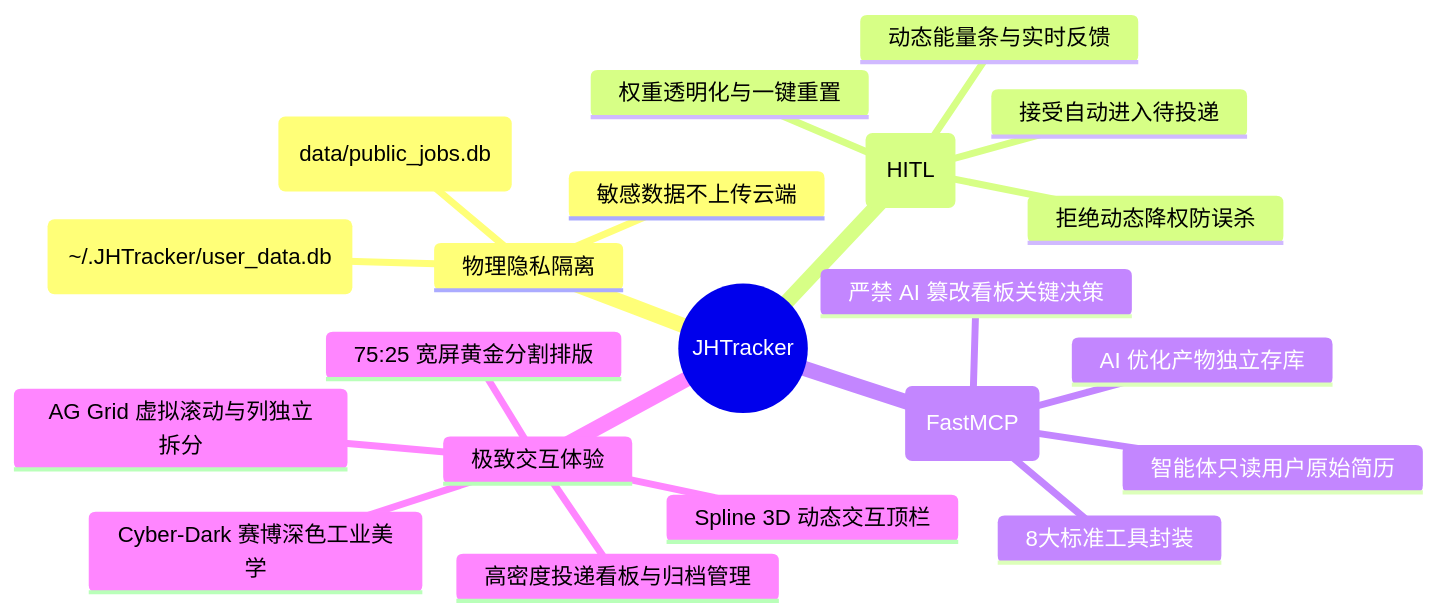
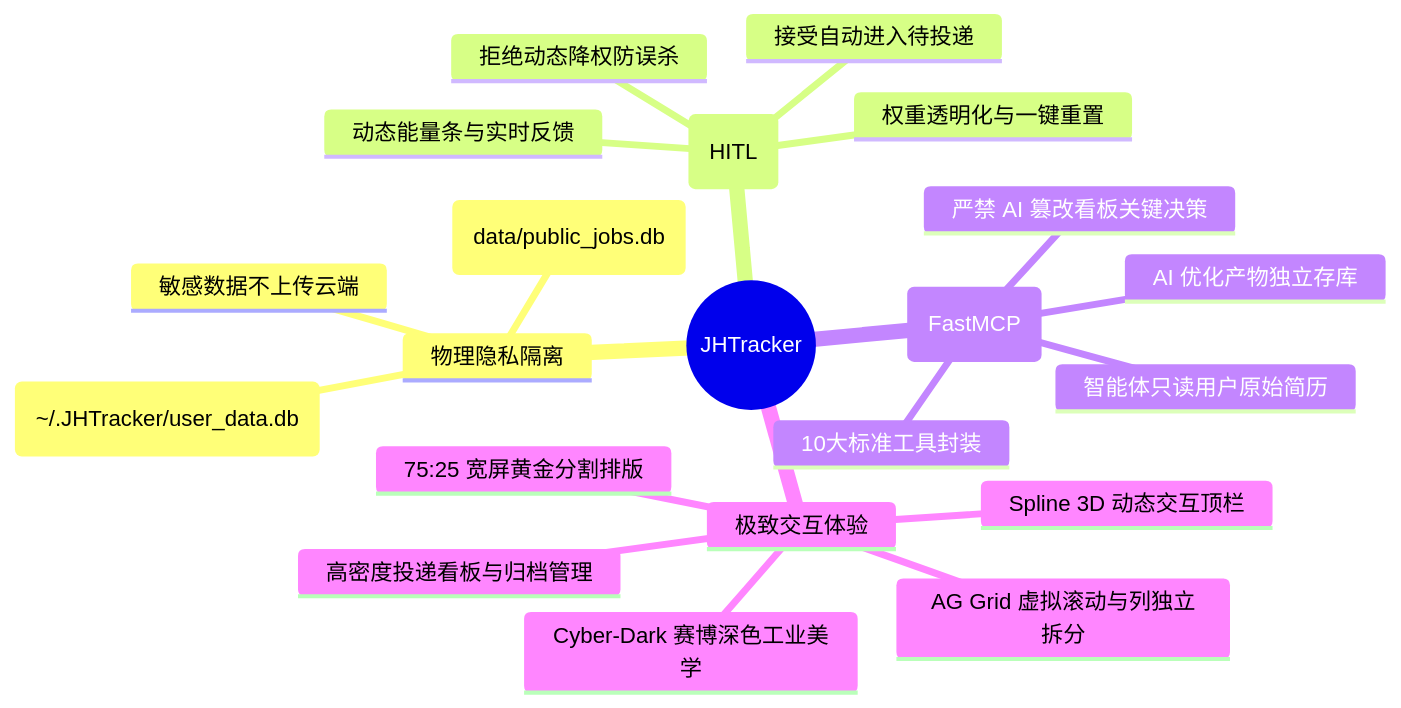
One commit to wangyh775/JHTracker changed the second of 2 diagrams in docs/README.md. Above: the diagram before and after it, drawn with Mermaid. The commit also changed other lines of this file and 64 other files, not shown here.

````diff
--- a/docs/README.md
+++ b/docs/README.md
@@ -76,24 +76,24 @@
 ```mermaid
 mindmap
   root((JHTracker))
     物理隐私隔离
       公共库独立 (data/public_jobs.db)
       用户库隔离 (~/.JHTracker/user_data.db)
       敏感数据不上传云端
     人在环路 (HITL)
       动态能量条与实时反馈
       接受自动进入待投递
       拒绝动态降权防误杀
       权重透明化与一键重置
     智能体安全协同 (FastMCP)
-      8大标准工具封装
+      10大标准工具封装
       智能体只读用户原始简历
       AI 优化产物独立存库
       严禁 AI 篡改看板关键决策
     极致交互体验
       Cyber-Dark 赛博深色工业美学
       AG Grid 虚拟滚动与列独立拆分
       高密度投递看板与归档管理
       75:25 宽屏黄金分割排版
       Spline 3D 动态交互顶栏
 ```
````
